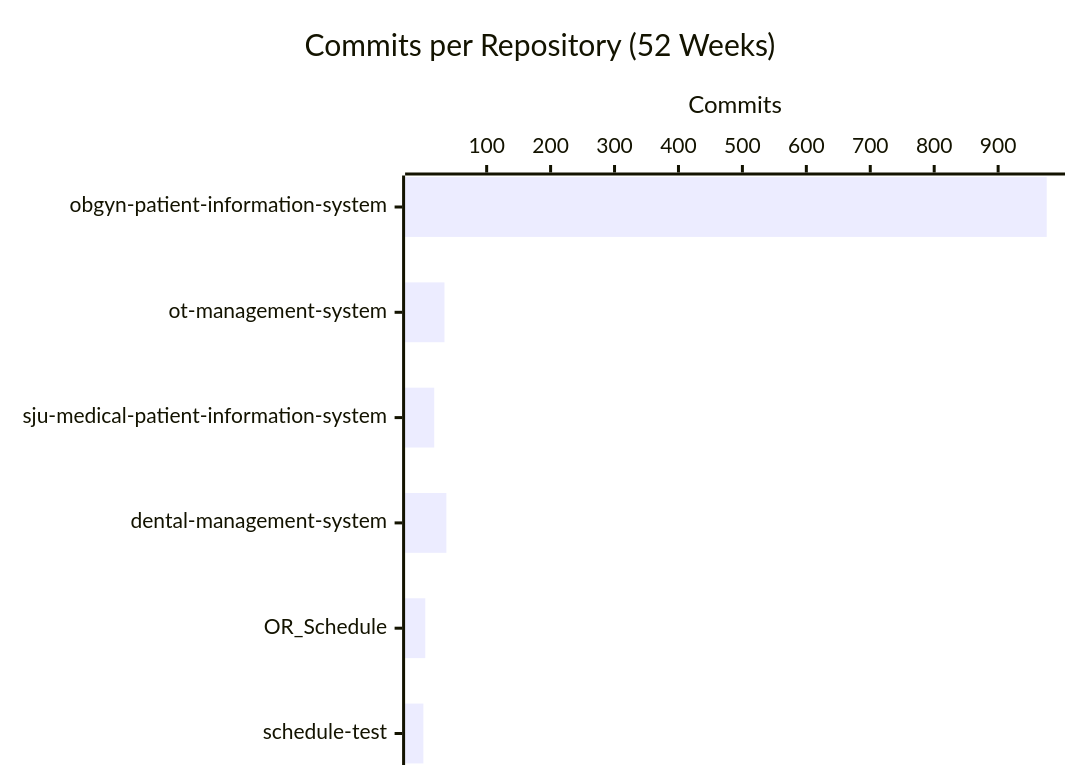
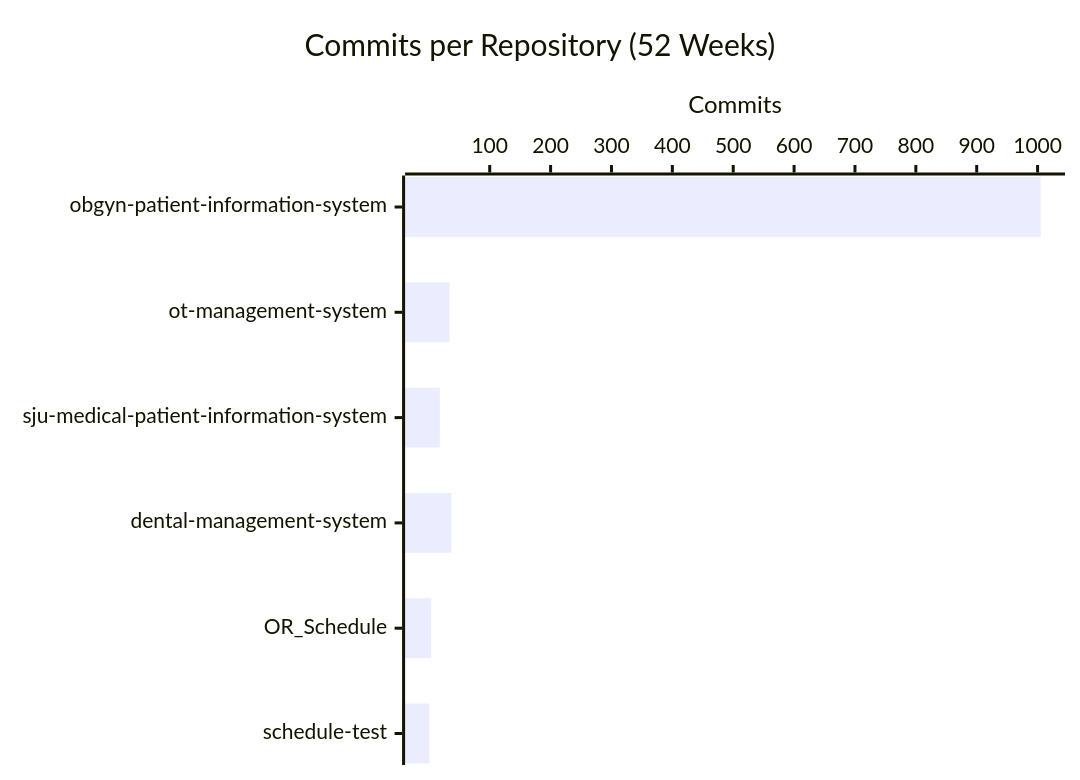
One commit to CSTH-Projects/.github changed the second of 4 diagrams in profile/README.md. Above: the diagram before and after it, drawn with Mermaid. The commit also changed other lines of this file, not shown here.

````diff
--- a/profile/README.md
+++ b/profile/README.md
@@ -24,7 +24,7 @@
 ```mermaid
 xychart-beta horizontal
     title "Commits per Repository (52 Weeks)"
     x-axis ["obgyn-patient-information-system", "ot-management-system", "sju-medical-patient-information-system", "dental-management-system", "OR_Schedule", "schedule-test"]
     y-axis "Commits"
-    bar [976, 34, 18, 37, 4, 1]
+    bar [1005, 34, 18, 37, 4, 1]
 ```
````
